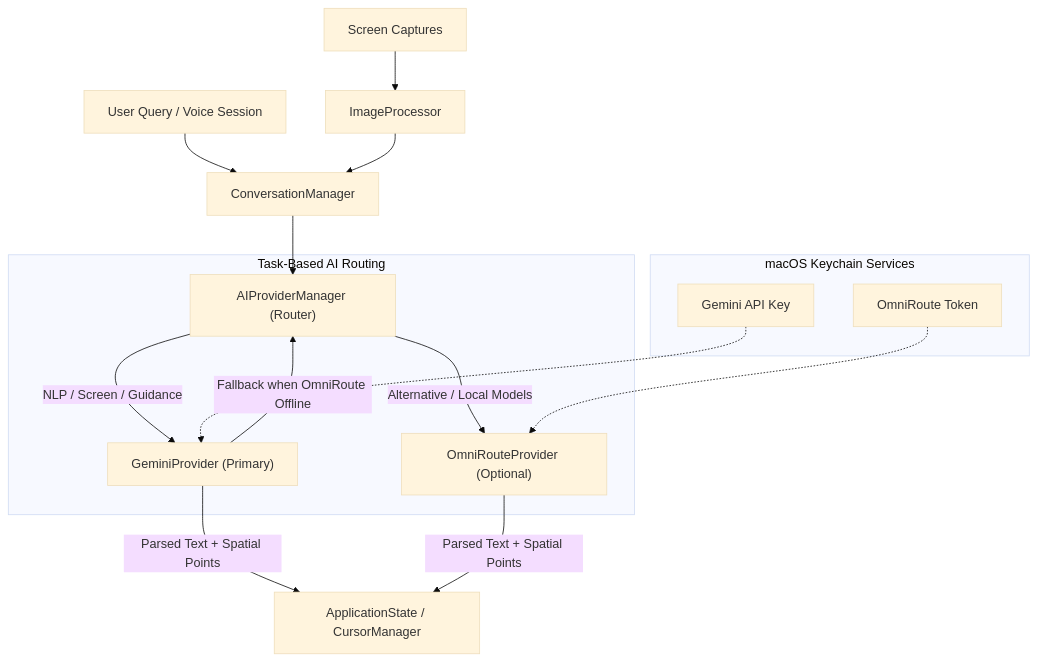
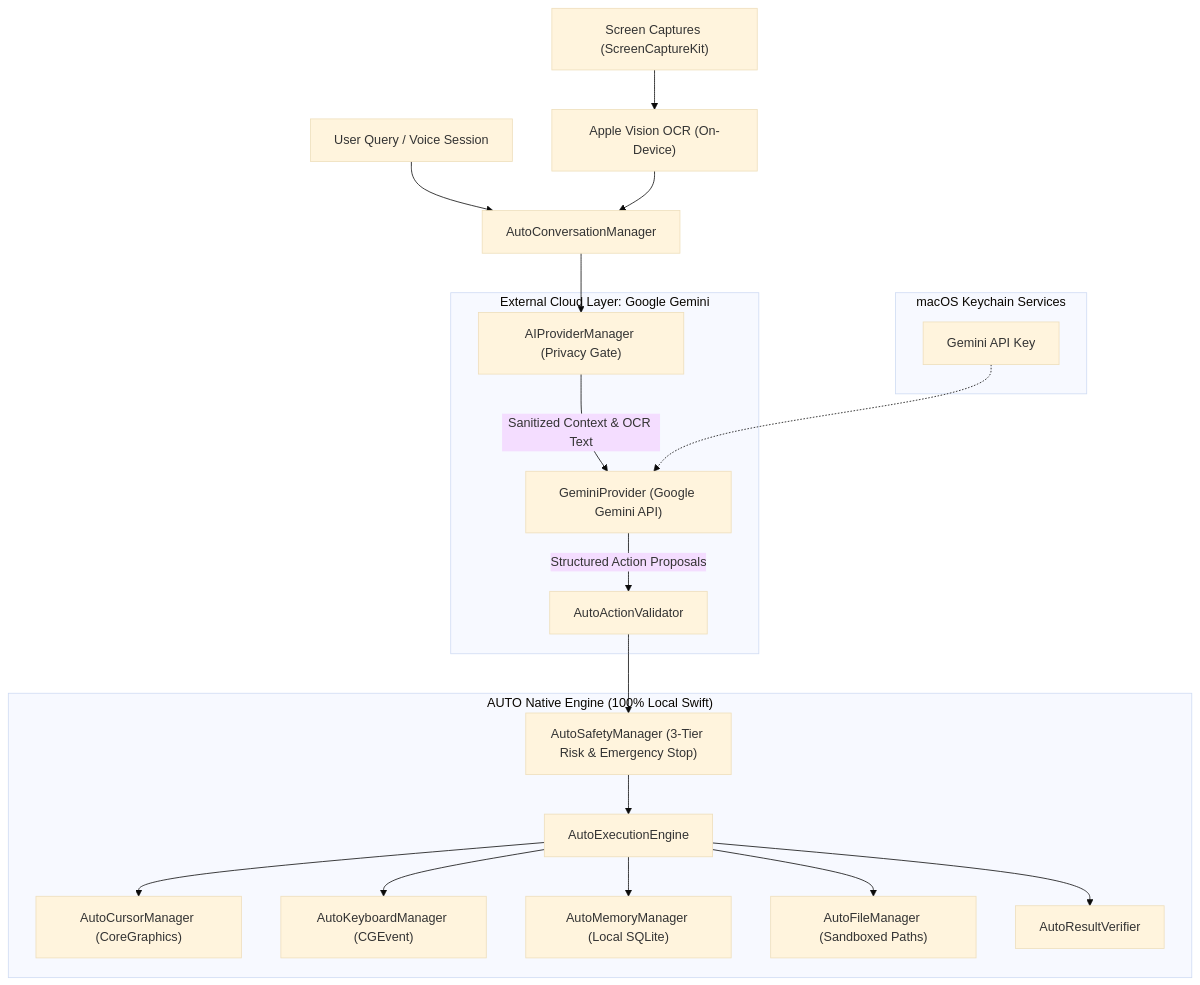
One commit to ketanbaba2006/AUTO changed the diagram in docs/AI_ARCHITECTURE.md. Above: the diagram before and after it, drawn with Mermaid (base theme). The commit also changed other lines of this file and 56 other files, not shown here.

Commit message:
feat: complete Hybrid AI Architecture (Gemini Reasoning + 13 Local Native Swift Services)

````diff
--- a/docs/AI_ARCHITECTURE.md
+++ b/docs/AI_ARCHITECTURE.md
@@ -11,21 +11,26 @@
 ```mermaid
 flowchart TD
-    User["User Query / Voice Session"] --> ConvManager["ConversationManager"]
-    Screen["Screen Captures"] --> ImageProc["ImageProcessor"]
-    ImageProc --> ConvManager
-    ConvManager --> AIProvManager["AIProviderManager (Router)"]
+    User["User Query / Voice Session"] --> ConvManager["AutoConversationManager"]
+    Screen["Screen Captures (ScreenCaptureKit)"] --> Vision["Apple Vision OCR (On-Device)"]
+    Vision --> ConvManager
+    ConvManager --> AIProvManager["AIProviderManager (Privacy Gate)"]
     
-    subgraph Routing ["Task-Based AI Routing"]
-        AIProvManager -->|NLP / Screen / Guidance| GeminiProv["GeminiProvider (Primary)"]
-        AIProvManager -->|Alternative / Local Models| OmniProv["OmniRouteProvider (Optional)"]
+    subgraph CloudReasoning ["External Cloud Layer: Google Gemini"]
+        AIProvManager -->|Sanitized Context & OCR Text| GeminiProv["GeminiProvider (Google Gemini API)"]
+        GeminiProv -->|Structured Action Proposals| ActionValidator["AutoActionValidator"]
     end
     
     subgraph KeychainSec ["macOS Keychain Services"]
         GeminiKey["Gemini API Key"] -.-> GeminiProv
-        OmniKey["OmniRoute Token"] -.-> OmniProv
     end
     
-    GeminiProv -->|Fallback when OmniRoute Offline| AIProvManager
-    GeminiProv -->|Parsed Text + Spatial Points| AppState["ApplicationState / CursorManager"]
-    OmniProv -->|Parsed Text + Spatial Points| AppState
+    subgraph LocalEngine ["AUTO Native Engine (100% Local Swift)"]
+        ActionValidator --> Safety["AutoSafetyManager (3-Tier Risk & Emergency Stop)"]
+        Safety --> Exec["AutoExecutionEngine"]
+        Exec --> Cursor["AutoCursorManager (CoreGraphics)"]
+        Exec --> Keyboard["AutoKeyboardManager (CGEvent)"]
+        Exec --> Memory["AutoMemoryManager (Local SQLite)"]
+        Exec --> Files["AutoFileManager (Sandboxed Paths)"]
+        Exec --> Verifier["AutoResultVerifier"]
+    end
 ```
````
